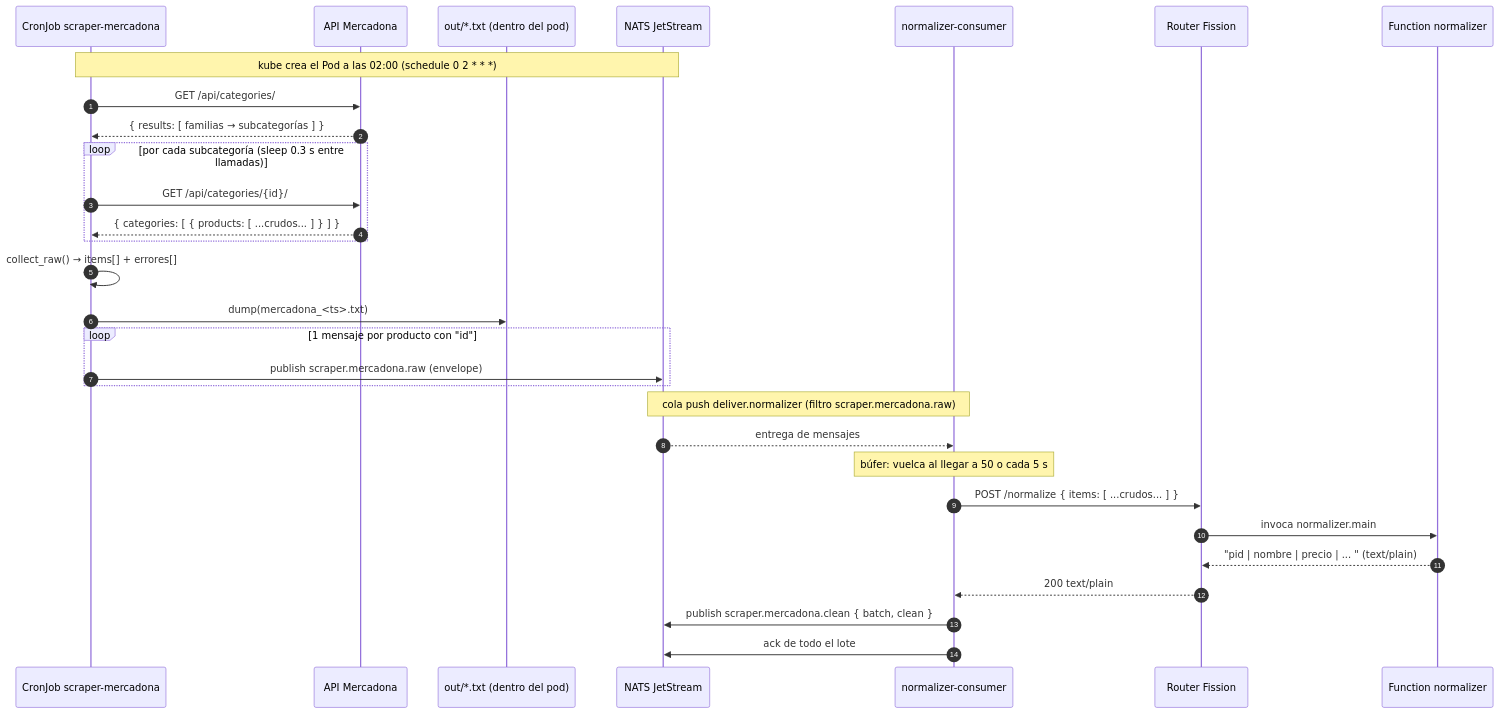
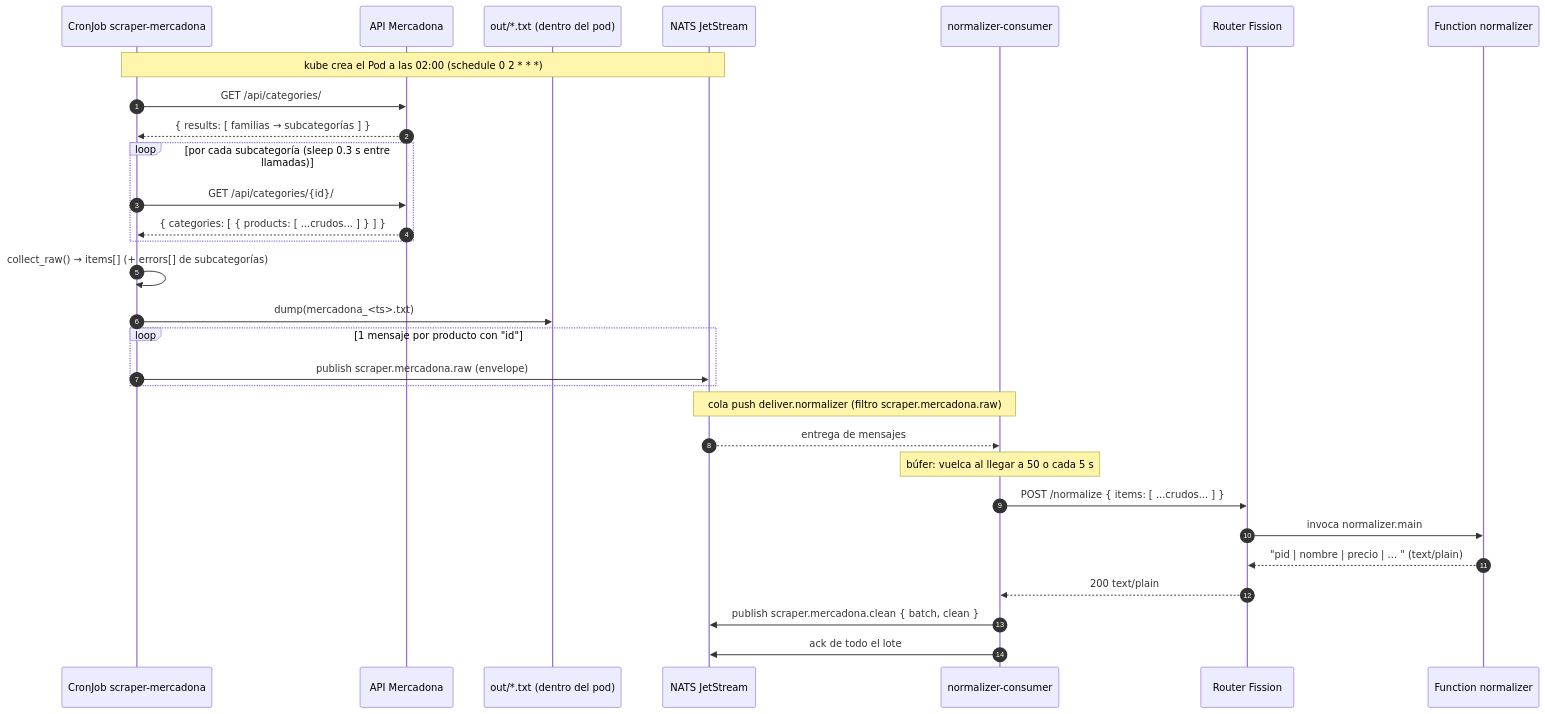
Before and after one commit to TheMinimalOwl/PTI-Q26-27-TARDOR: the first of 3 diagrams in flujo-entrada/docs/02-flujo-datos.md, drawn with Mermaid. The commit also changed other lines of this file and 7 other files, not shown here.

````diff
--- a/flujo-entrada/docs/02-flujo-datos.md
+++ b/flujo-entrada/docs/02-flujo-datos.md
@@ -5,39 +5,39 @@
 ```mermaid
 sequenceDiagram
   autonumber
   participant CJ as CronJob scraper-mercadona
   participant MD as API Mercadona
   participant FS as out/*.txt (dentro del pod)
   participant NATS as NATS JetStream
   participant CONS as normalizer-consumer
   participant RT as Router Fission
   participant FN as Function normalizer
 
   Note over CJ,NATS: kube crea el Pod a las 02:00 (schedule 0 2 * * *)
 
   CJ->>MD: GET /api/categories/
   MD-->>CJ: { results: [ familias → subcategorías ] }
 
   loop por cada subcategoría (sleep 0.3 s entre llamadas)
     CJ->>MD: GET /api/categories/{id}/
     MD-->>CJ: { categories: [ { products: [ ...crudos... ] } ] }
   end
 
-  CJ->>CJ: collect_raw() → items[] + errores[]
+  CJ->>CJ: collect_raw() → items[] (+ errors[] de subcategorías)
   CJ->>FS: dump(mercadona_<ts>.txt)
   loop 1 mensaje por producto con "id"
     CJ->>NATS: publish scraper.mercadona.raw (envelope)
   end
 
   Note over NATS,CONS: cola push deliver.normalizer (filtro scraper.mercadona.raw)
 
   NATS-->>CONS: entrega de mensajes
   Note over CONS: búfer: vuelca al llegar a 50 o cada 5 s
   CONS->>RT: POST /normalize { items: [ ...crudos... ] }
   RT->>FN: invoca normalizer.main
   FN-->>RT: "pid | nombre | precio | ... " (text/plain)
   RT-->>CONS: 200 text/plain
 
   CONS->>NATS: publish scraper.mercadona.clean { batch, clean }
   CONS->>NATS: ack de todo el lote
 ```
````
